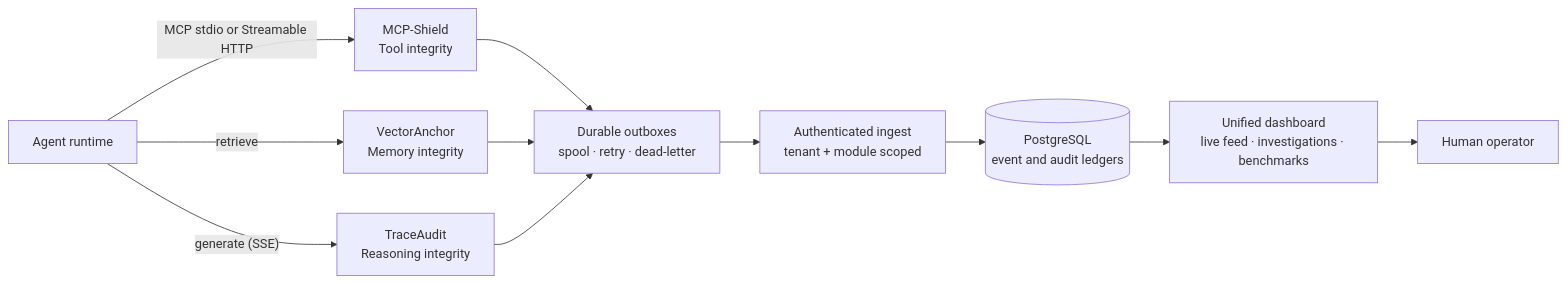
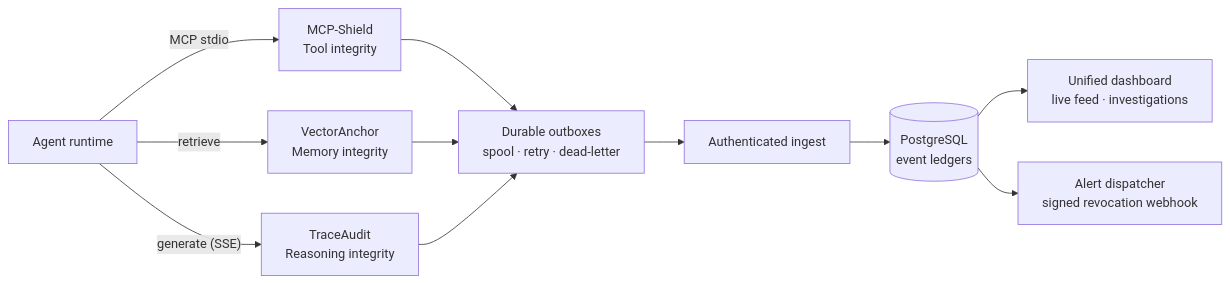
One commit to yuno7777/project-black-monolith changed the diagram in README.md. Above: the diagram before and after it, drawn with Mermaid. The commit also changed other lines of this file and 2 other files, not shown here.

````diff
--- a/README.md
+++ b/README.md
@@ -86,23 +214,21 @@
 ```mermaid
 flowchart LR
     A["Agent runtime"]
-
     S["MCP-Shield<br/>Tool integrity"]
     V["VectorAnchor<br/>Memory integrity"]
     T["TraceAudit<br/>Reasoning integrity"]
+    O["Durable outboxes<br/>spool · retry · dead-letter"]
+    I["Authenticated ingest"]
+    P[("PostgreSQL<br/>event ledgers")]
+    D["Unified dashboard<br/>live feed · investigations"]
+    W["Alert dispatcher<br/>signed revocation webhook"]
 
-    O["Durable outboxes<br/>spool · retry · dead-letter"]
-    I["Authenticated ingest<br/>tenant + module scoped"]
-    P[("PostgreSQL<br/>event and audit ledgers")]
-    D["Unified dashboard<br/>live feed · investigations · benchmarks"]
-    H["Human operator"]
-
-    A -->|"MCP stdio or Streamable HTTP"| S
+    A -->|"MCP stdio"| S
     A -->|"retrieve"| V
     A -->|"generate (SSE)"| T
-
     S --> O
     V --> O
     T --> O
-    O --> I --> P --> D --> H
+    O --> I --> P --> D
+    P --> W
 ```
````
